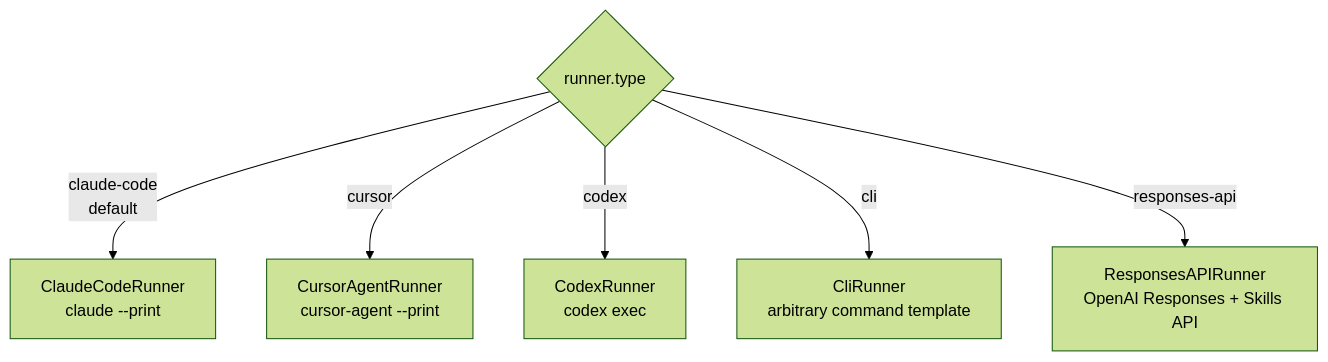
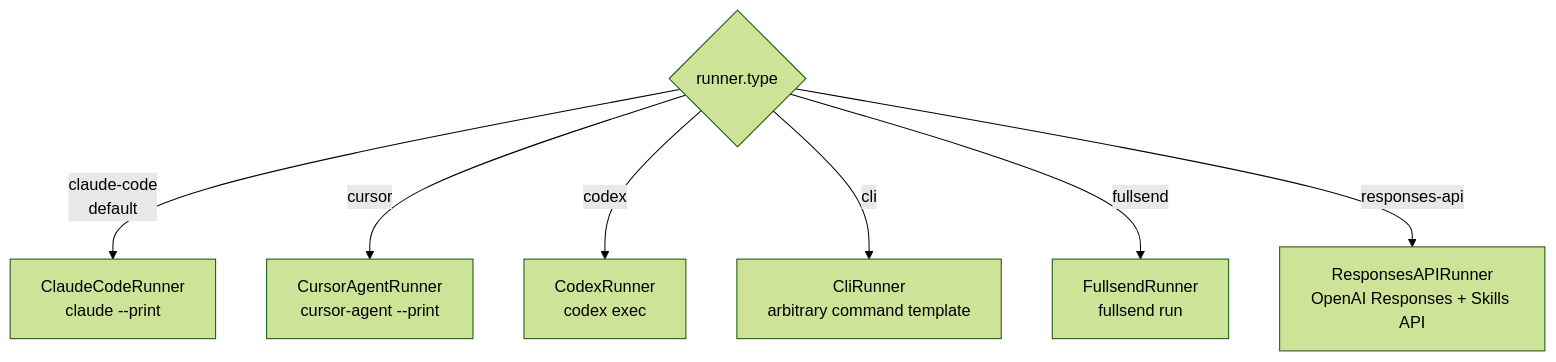
The diagram in website/reference/config/runner.md (AIMikav/agent-eval-harness), drawn with Mermaid (forest theme) before and after one commit. The commit also changed other lines of this file and 35 other files, not shown here.

First line of the commit message:
feat(runner): execute the skill under test through fullsend run (#263)

````diff
--- a/website/reference/config/runner.md
+++ b/website/reference/config/runner.md
@@ -16,9 +16,10 @@
 ```mermaid
 flowchart TD
     T{runner.type}
     T -->|claude-code<br/>default| CC[ClaudeCodeRunner<br/>claude --print]
     T -->|cursor| CU[CursorAgentRunner<br/>cursor-agent --print]
     T -->|codex| CX[CodexRunner<br/>codex exec]
     T -->|cli| CLI[CliRunner<br/>arbitrary command template]
+    T -->|fullsend| FS[FullsendRunner<br/>fullsend run]
     T -->|responses-api| RA[ResponsesAPIRunner<br/>OpenAI Responses + Skills API]
 ```
````
